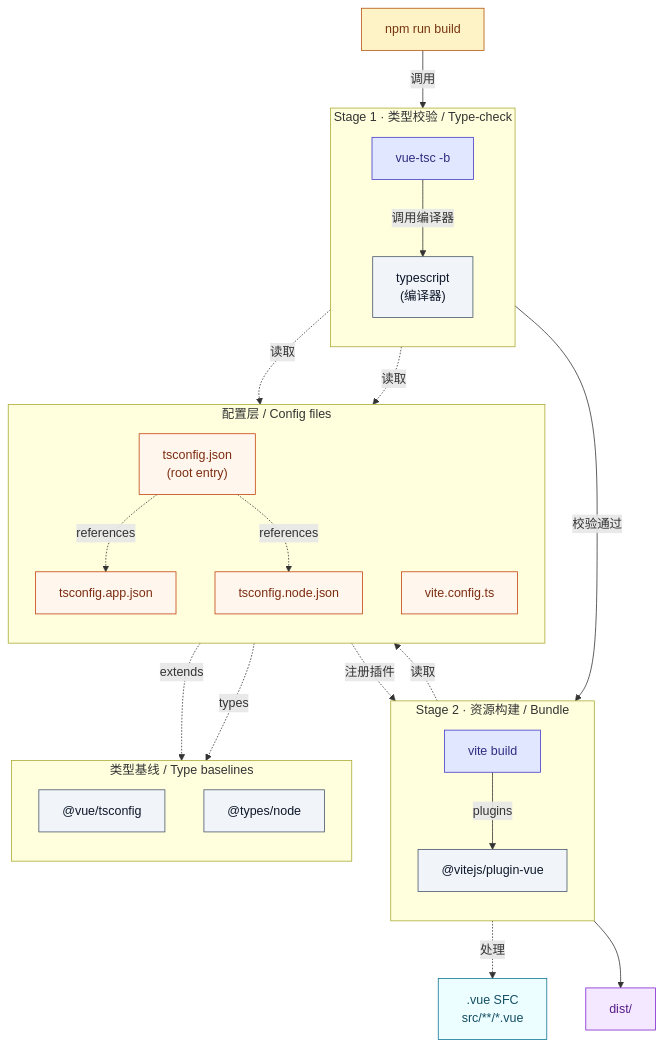
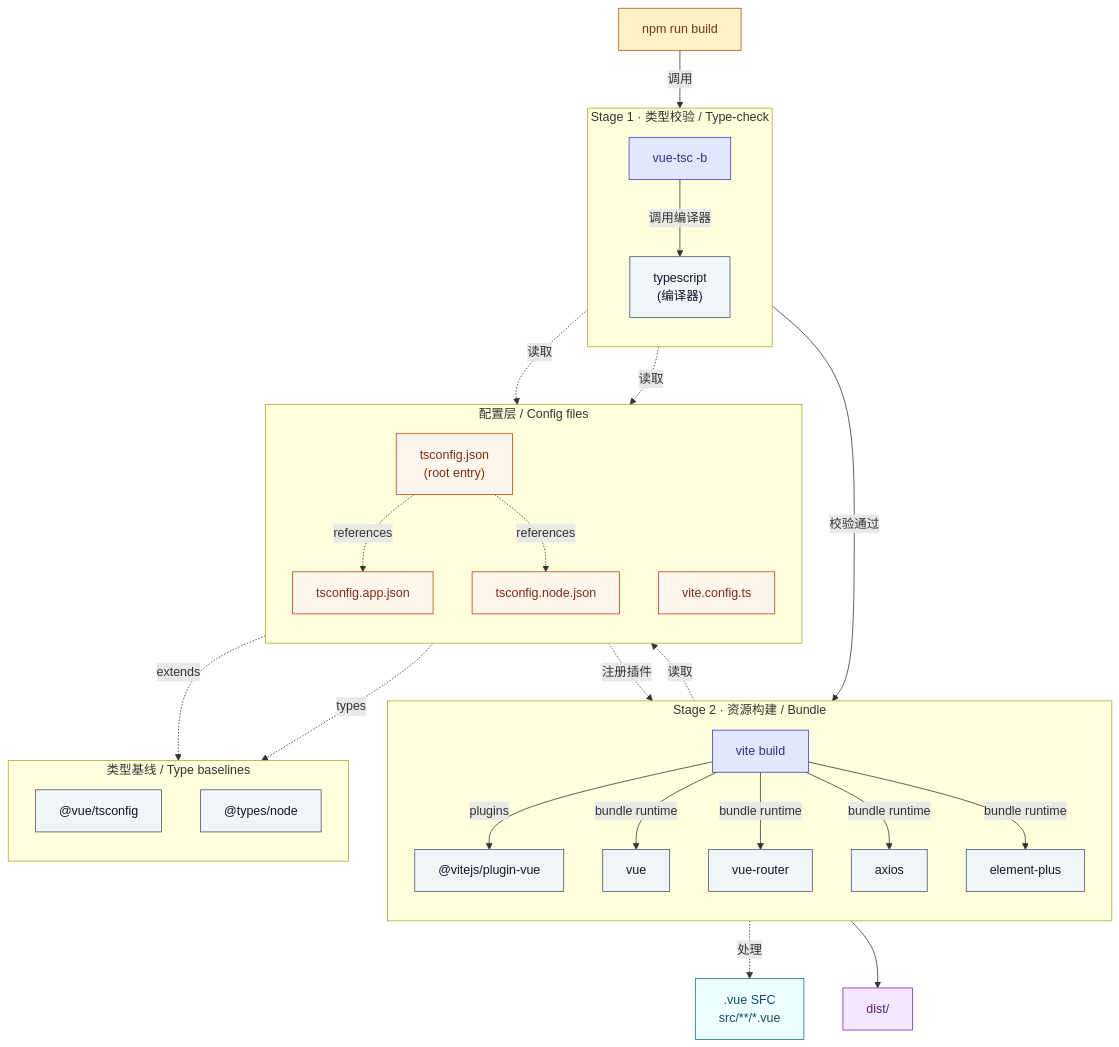
Before and after one commit to Jianshi-Lu/smart-bid-platform-fe: the second of 3 diagrams in docs/package-说明.md, drawn with Mermaid. The commit also changed other lines of this file and 1 other file, not shown here.

````diff
--- a/docs/package-说明.md
+++ b/docs/package-说明.md
@@ -91,65 +96,73 @@
 ```mermaid
 flowchart TB
     %% ===== 触发 =====
     CMD["npm run build"]:::trigger
 
     %% ===== 阶段 1: 类型校验 =====
     subgraph S1["Stage 1 · 类型校验 / Type-check"]
         direction TB
         VUETSC["vue-tsc -b"]:::stage
         TS["typescript<br/>(编译器)"]:::lib
     end
 
     %% ===== 阶段 2: 资源构建 =====
     subgraph S2["Stage 2 · 资源构建 / Bundle"]
         direction TB
         VITE["vite build"]:::stage
         PLUGIN["@vitejs/plugin-vue"]:::lib
+        VUE["vue"]:::lib
+        ROUTER["vue-router"]:::lib
+        AXIOS["axios"]:::lib
+        EP["element-plus"]:::lib
     end
 
     %% ===== 配置层 =====
     subgraph CFG["配置层 / Config files"]
         direction TB
         ROOTCFG["tsconfig.json<br/>(root entry)"]:::cfg
         APPCFG["tsconfig.app.json"]:::cfg
         NODECFG["tsconfig.node.json"]:::cfg
         VCFG["vite.config.ts"]:::cfg
     end
 
     %% ===== 类型基线 =====
     subgraph BASE["类型基线 / Type baselines"]
         direction TB
         VUETS["@vue/tsconfig"]:::lib
         NODETYPES["@types/node"]:::lib
     end
 
     %% ===== 产物 =====
     DIST["dist/"]:::output
 
     %% ===== 边 =====
     CMD -->|调用| VUETSC
     VUETSC -->|调用编译器| TS
 
     VUETSC -.读取.-> APPCFG
     VUETSC -.读取.-> NODECFG
     ROOTCFG -.references.-> APPCFG
     ROOTCFG -.references.-> NODECFG
     APPCFG -.extends.-> VUETS
     NODECFG -.types.-> NODETYPES
 
     VUETSC -- "校验通过" --> VITE
     VITE -->|plugins| PLUGIN
+    VITE -->|bundle runtime| VUE
+    VITE -->|bundle runtime| ROUTER
+    VITE -->|bundle runtime| AXIOS
+    VITE -->|bundle runtime| EP
     VITE -.读取.-> VCFG
     VCFG -.注册插件.-> PLUGIN
     PLUGIN -.处理.-> SFC[".vue SFC<br/>src/**/*.vue"]:::src
     VITE --> DIST
 
     classDef trigger fill:#fef3c7,stroke:#b45309,color:#78350f
     classDef stage fill:#e0e7ff,stroke:#4338ca,color:#312e81
     classDef build fill:#dcfce7,stroke:#15803d,color:#14532d
     classDef check fill:#dbeafe,stroke:#1d4ed8,color:#1e3a8a
     classDef output fill:#f3e8ff,stroke:#7e22ce,color:#581c87
     classDef lib fill:#f1f5f9,stroke:#475569,color:#0f172a
     classDef cfg fill:#fff7ed,stroke:#c2410c,color:#7c2d12
     classDef src fill:#ecfeff,stroke:#0e7490,color:#164e63
 ```
````
